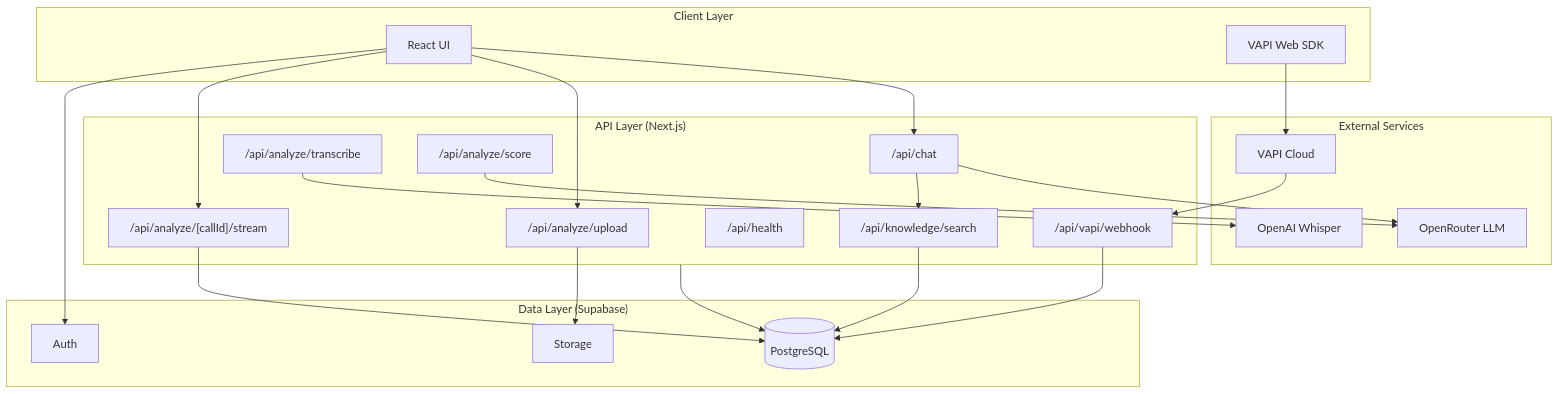
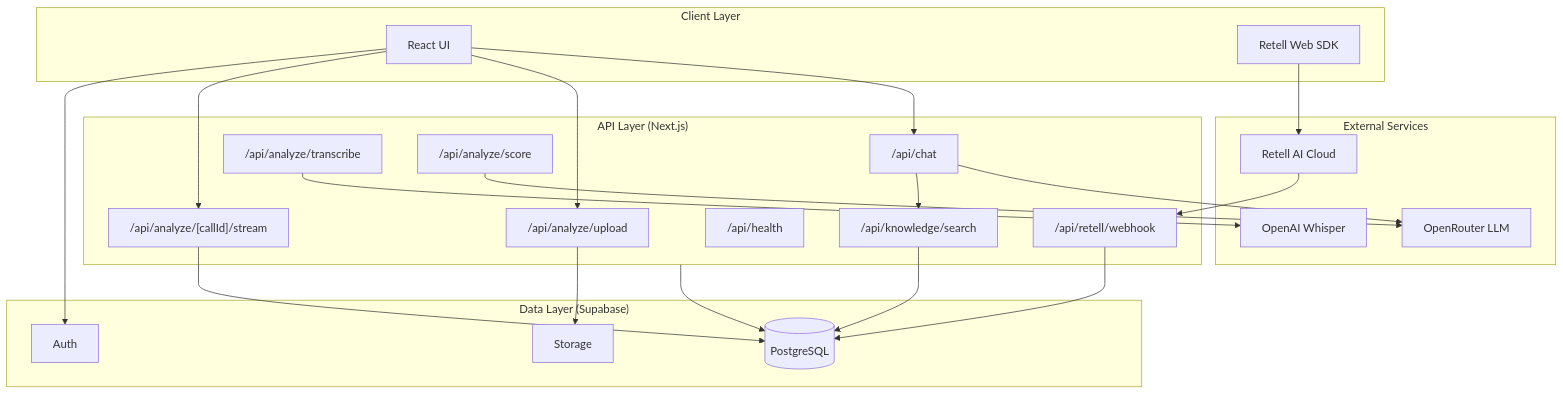
The first of 4 diagrams in docs/ARCHITECTURE.md (Qualiasolutions/underdogsales), drawn with Mermaid before and after one commit. The commit also changed other lines of this file and 5 other files, not shown here.

First line of the commit message:
docs(05): replace VAPI with Retell across all documentation

````diff
--- a/docs/ARCHITECTURE.md
+++ b/docs/ARCHITECTURE.md
@@ -30,48 +30,48 @@
 ```mermaid
 flowchart TB
     subgraph Client["Client Layer"]
         UI[React UI]
-        VSDK[VAPI Web SDK]
+        RSDK[Retell Web SDK]
     end
 
     subgraph API["API Layer (Next.js)"]
         CHAT["/api/chat"]
-        WEBHOOK["/api/vapi/webhook"]
+        WEBHOOK["/api/retell/webhook"]
         UPLOAD["/api/analyze/upload"]
         TRANSCRIBE["/api/analyze/transcribe"]
         SCORE["/api/analyze/score"]
         STREAM["/api/analyze/[callId]/stream"]
         HEALTH["/api/health"]
         KNOWLEDGE["/api/knowledge/search"]
     end
 
     subgraph External["External Services"]
-        VAPI[VAPI Cloud]
+        RETELL[Retell AI Cloud]
         OPENROUTER[OpenRouter LLM]
         WHISPER[OpenAI Whisper]
     end
 
     subgraph Data["Data Layer (Supabase)"]
         AUTH[Auth]
         PG[(PostgreSQL)]
         STORAGE[Storage]
     end
 
     UI --> CHAT
     UI --> UPLOAD
     UI --> STREAM
-    VSDK --> VAPI
+    RSDK --> RETELL
 
-    VAPI --> WEBHOOK
+    RETELL --> WEBHOOK
     CHAT --> OPENROUTER
     CHAT --> KNOWLEDGE
     KNOWLEDGE --> PG
     UPLOAD --> STORAGE
     TRANSCRIBE --> WHISPER
     SCORE --> OPENROUTER
     WEBHOOK --> PG
     STREAM --> PG
 
     UI --> AUTH
     API --> PG
 ```
````
